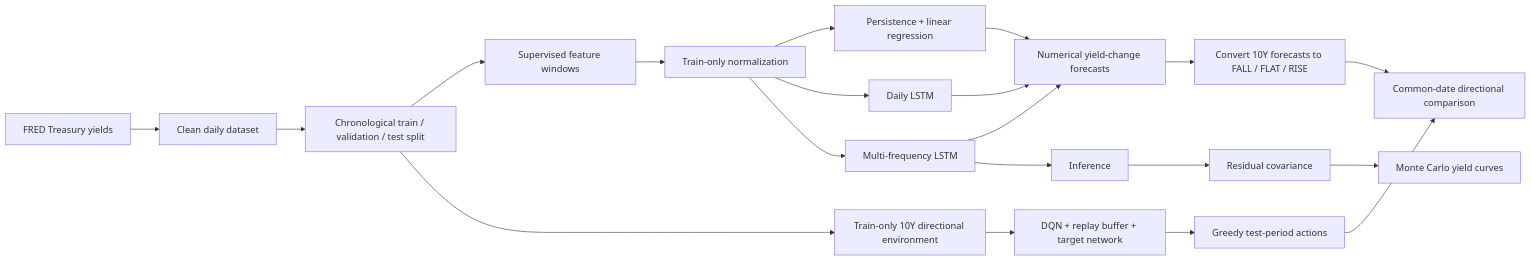
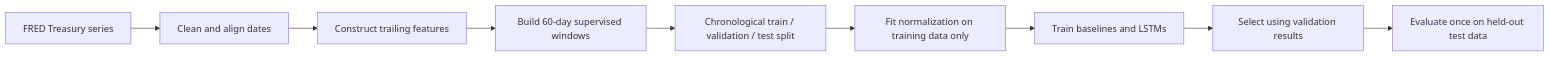
Before and after one commit to diyasaxena17/tresonance: the diagram in README.md, drawn with Mermaid. The commit also changed other lines of this file, not shown here.

````diff
--- a/README.md
+++ b/README.md
@@ -59,25 +77,11 @@
 ```mermaid
 flowchart LR
-    A[FRED Treasury yields] --> B[Clean daily dataset]
-    B --> C[Chronological train / validation / test split]
-
-    C --> D[Supervised feature windows]
-    D --> E[Train-only normalization]
-    E --> F[Persistence + linear regression]
-    E --> G[Daily LSTM]
-    E --> H[Multi-frequency LSTM]
-    G --> I[Numerical yield-change forecasts]
-    H --> I
-    F --> I
-    I --> J[Convert 10Y forecasts to FALL / FLAT / RISE]
-
-    C --> K[Train-only 10Y directional environment]
-    K --> L[DQN + replay buffer + target network]
-    L --> M[Greedy test-period actions]
-
-    J --> N[Common-date directional comparison]
-    M --> N
-    H --> O[Inference]
-    O --> P[Residual covariance]
-    P --> Q[Monte Carlo yield curves]
+    A[FRED Treasury series] --> B[Clean and align dates]
+    B --> C[Construct trailing features]
+    C --> D[Build 60-day supervised windows]
+    D --> E[Chronological train / validation / test split]
+    E --> F[Fit normalization on training data only]
+    F --> G[Train baselines and LSTMs]
+    G --> H[Select using validation results]
+    H --> I[Evaluate once on held-out test data]
 ```
````
